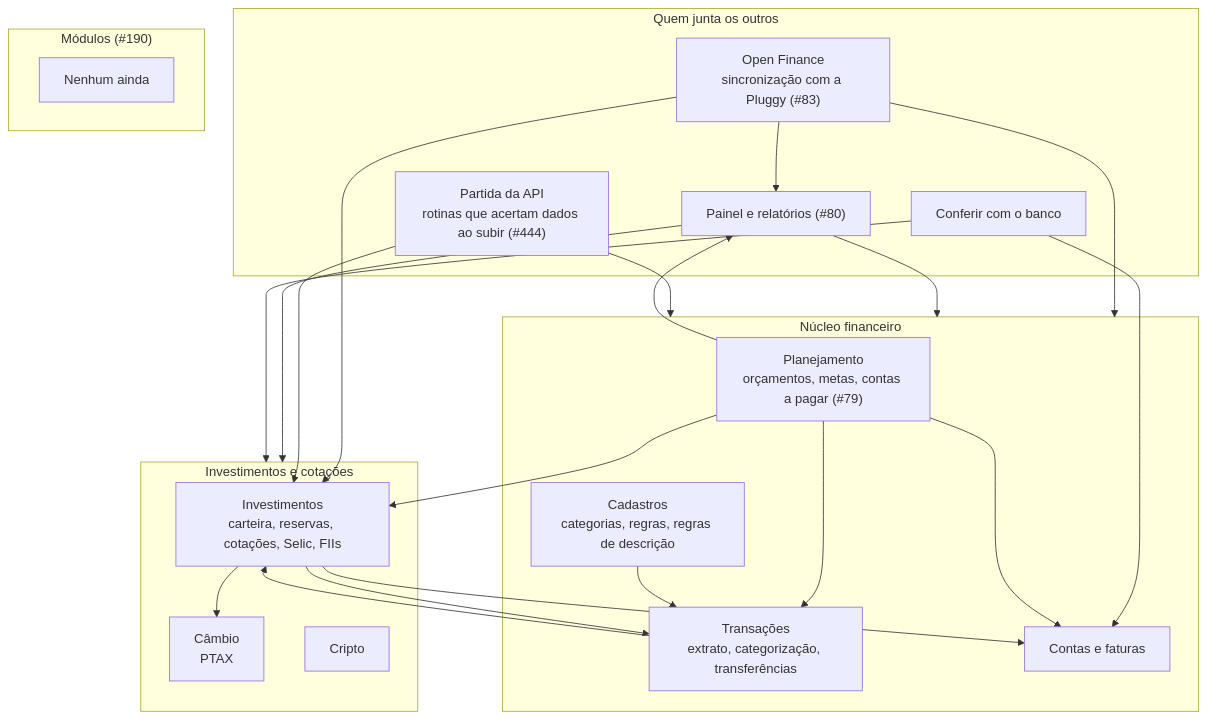
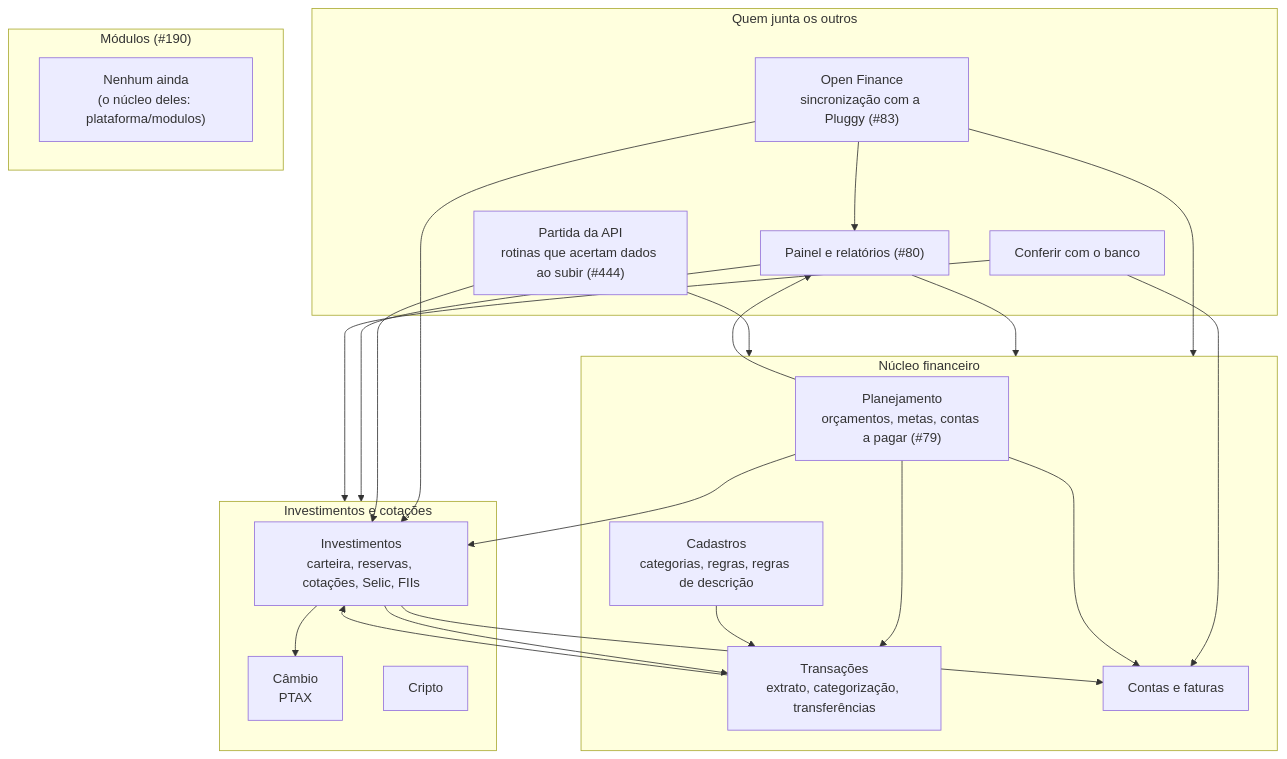
Before and after one commit to LucasDesenvGit/financas-local: the third of 6 diagrams in docs/ARQUITETURA.md, drawn with Mermaid. The commit also changed other lines of this file and 31 other files, not shown here.

````diff
--- a/docs/ARQUITETURA.md
+++ b/docs/ARQUITETURA.md
@@ -86,46 +86,46 @@
 ```mermaid
 flowchart TB
     subgraph juntam["Quem junta os outros"]
         openfinance["Open Finance<br/>sincronização com a Pluggy (#83)"]
         painel["Painel e relatórios (#80)"]
         conferencia["Conferir com o banco"]
         partida["Partida da API<br/>rotinas que acertam dados ao subir (#444)"]
     end
 
     subgraph nucleo["Núcleo financeiro"]
         planejamento["Planejamento<br/>orçamentos, metas, contas a pagar (#79)"]
         cadastros["Cadastros<br/>categorias, regras, regras de descrição"]
         transacoes["Transações<br/>extrato, categorização, transferências"]
         contas["Contas e faturas"]
     end
 
     subgraph cotacoes["Investimentos e cotações"]
         investimentos["Investimentos<br/>carteira, reservas, cotações, Selic, FIIs"]
         cambio["Câmbio<br/>PTAX"]
         cripto["Cripto"]
     end
 
     subgraph modulos["Módulos (#190)"]
-        nenhum["Nenhum ainda"]
+        nenhum["Nenhum ainda<br/>(o núcleo deles: plataforma/modulos)"]
     end
 
     openfinance --> nucleo
     openfinance --> investimentos
     openfinance --> painel
     painel --> nucleo
     painel --> cotacoes
     conferencia --> contas
     conferencia --> cotacoes
     partida --> nucleo
     partida --> investimentos
     planejamento --> transacoes
     planejamento --> contas
     planejamento --> investimentos
     planejamento --> painel
     cadastros --> transacoes
     transacoes --> investimentos
     investimentos --> transacoes
     investimentos --> contas
     investimentos --> cambio
 
 ```
````
